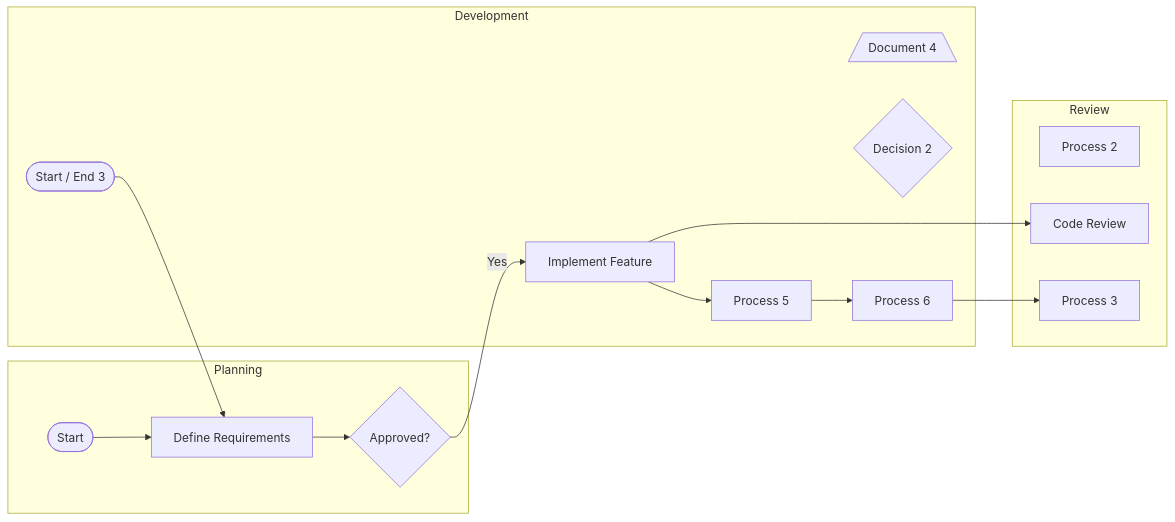
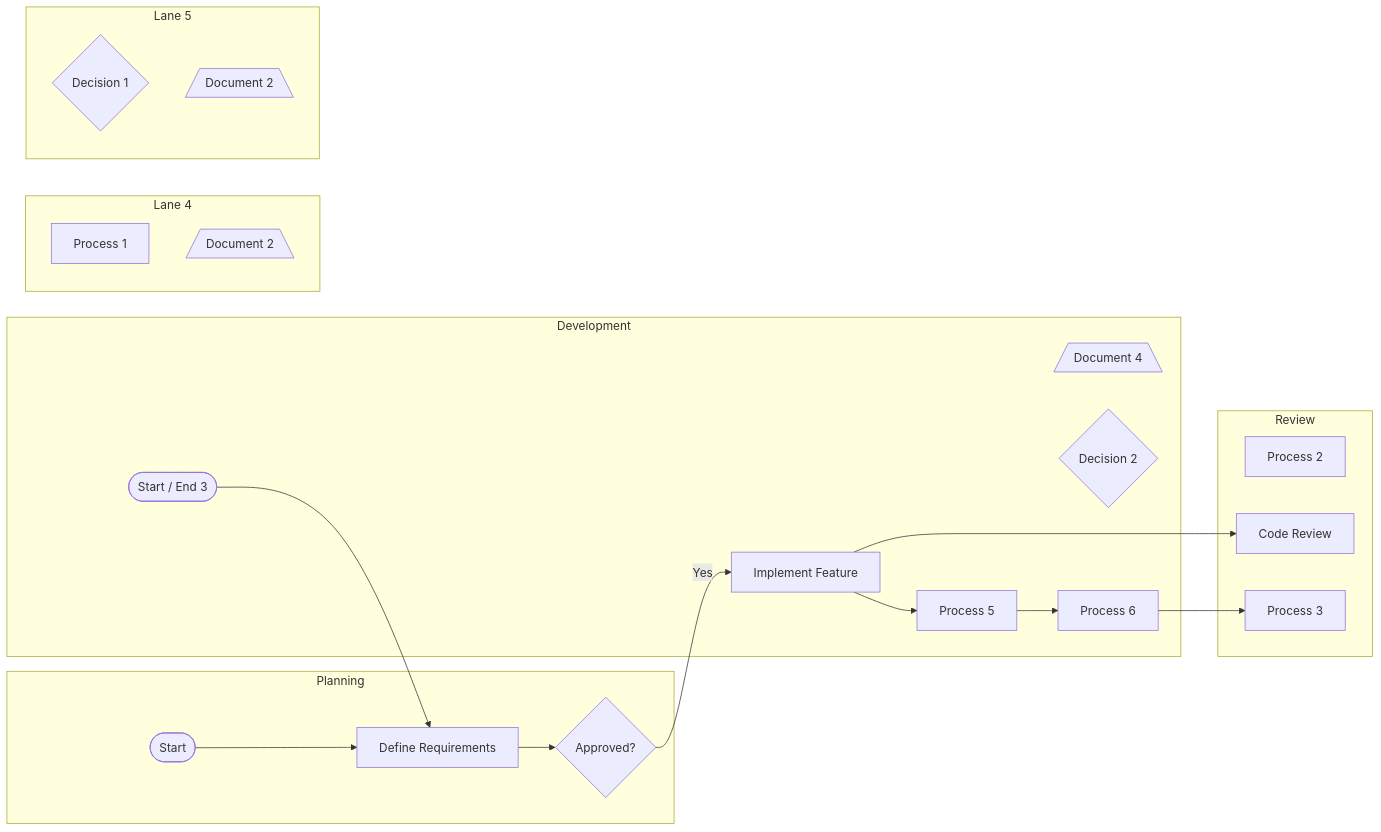
One commit to pingpm/mermaid_vault changed the diagram in mmd/123_9b882ae4-c4df-432b-9e50-9fb05b2c95e5.mmd. Above: the diagram before and after it, drawn with Mermaid. The commit also changed 2 other files, not shown here.

Commit message:
Sync Mermaid Studio data (14 diagrams)

```diff
--- a/mmd/123_9b882ae4-c4df-432b-9e50-9fb05b2c95e5.mmd
+++ b/mmd/123_9b882ae4-c4df-432b-9e50-9fb05b2c95e5.mmd
@@ -1,27 +1,35 @@
 flowchart LR
   subgraph lane_0["Planning"]
     t_0{"Approved?"}
     t_1["Define Requirements"]
     t_2(["Start"])
   end
   subgraph lane_1["Development"]
     t_3[/"Document 4"\]
     t_4{"Decision 2"}
     t_5(["Start / End 3"])
     t_6["Process 5"]
-    t_7["Implement Feature"]
-    t_8["Process 6"]
+    t_7["Process 6"]
+    t_8["Implement Feature"]
   end
   subgraph lane_2["Review"]
     t_9["Process 2"]
     t_10["Code Review"]
     t_11["Process 3"]
   end
-  t_0 -->|"Yes"| t_7
-  t_7 --> t_10
+  subgraph lane_3["Lane 4"]
+    t_12["Process 1"]
+    t_13[/"Document 2"\]
+  end
+  subgraph lane_4["Lane 5"]
+    t_14{"Decision 1"}
+    t_15[/"Document 2"\]
+  end
+  t_0 -->|"Yes"| t_8
+  t_8 --> t_10
   t_2 --> t_1
   t_1 --> t_0
   t_5 --> t_1
-  t_7 --> t_6
-  t_6 --> t_8
-  t_8 --> t_11
+  t_8 --> t_6
+  t_6 --> t_7
+  t_7 --> t_11
```
